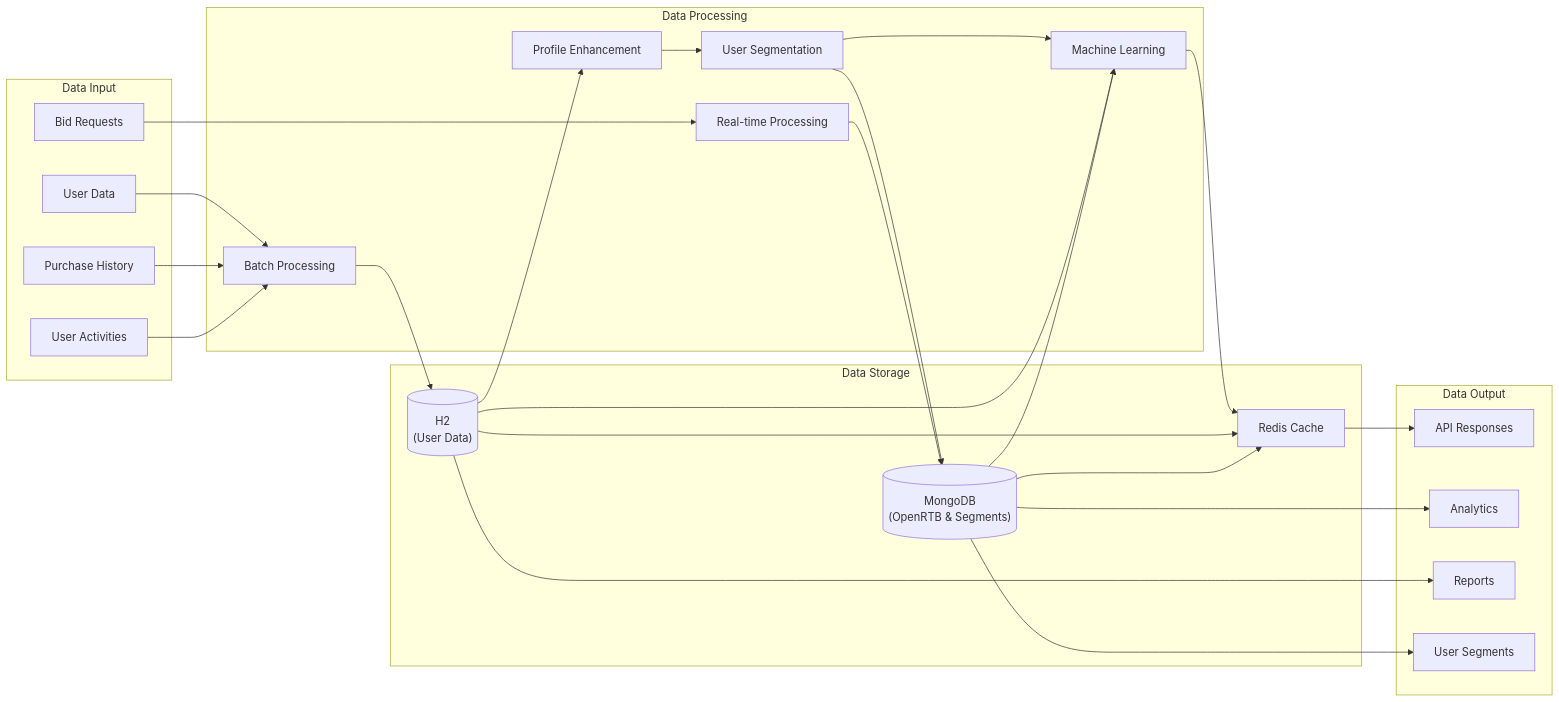
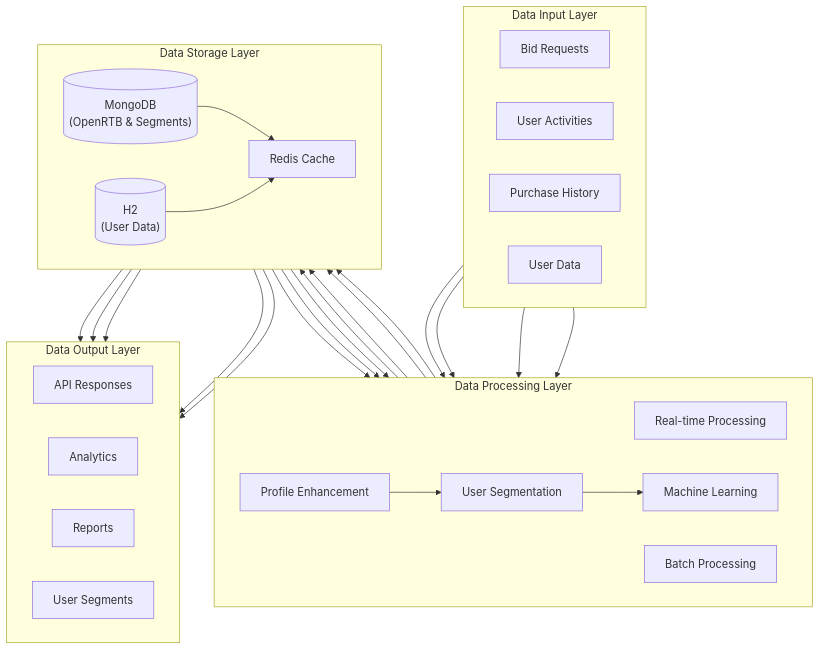
Before and after one commit to songfei1983/play-spring-boot-api: the third of 4 diagrams in architecture-diagram.md, drawn with Mermaid. The commit also changed other lines of this file and 1 other file, not shown here.

First line of the commit message:
调整架构图布局为上下结构

````diff
--- a/architecture-diagram.md
+++ b/architecture-diagram.md
@@ -317,60 +323,69 @@
 ```mermaid
-flowchart LR
-    %% 数据输入
-    subgraph "Data Input"
+flowchart TD
+    %% 数据输入层
+    subgraph "Data Input Layer"
+        direction LR
         BR["Bid Requests"]
         UA["User Activities"]
         PH["Purchase History"]
         UD["User Data"]
     end
     
-    %% 数据处理
-    subgraph "Data Processing"
+    %% 数据处理层
+    subgraph "Data Processing Layer"
+        direction LR
         RT["Real-time Processing"]
         BATCH["Batch Processing"]
         ML["Machine Learning"]
         SEGMENT["User Segmentation"]
         PROFILE["Profile Enhancement"]
     end
     
-    %% 数据存储
-    subgraph "Data Storage"
+    %% 数据存储层
+    subgraph "Data Storage Layer"
+        direction LR
         MONGO_RT[("MongoDB\n(OpenRTB & Segments)")]
         H2_USER[("H2\n(User Data)")]
         CACHE["Redis Cache"]
     end
     
-    %% 数据输出
-    subgraph "Data Output"
+    %% 数据输出层
+    subgraph "Data Output Layer"
+        direction LR
         API_RESP["API Responses"]
         ANALYTICS["Analytics"]
         REPORTS["Reports"]
         SEGMENTS["User Segments"]
     end
     
+    %% 数据流向
     BR --> RT
     UA --> BATCH
     PH --> BATCH
-    UD --> BATCH
+    UD --> PROFILE
     
     RT --> MONGO_RT
     BATCH --> H2_USER
+    PROFILE --> SEGMENT
+    SEGMENT --> MONGO_RT
     
     %% H2到MongoDB的数据转存流程
     H2_USER --> PROFILE
-    PROFILE --> SEGMENT
-    SEGMENT --> MONGO_RT
     
+    %% 缓存层连接
     MONGO_RT --> CACHE
     H2_USER --> CACHE
     
+    %% 输出层连接
     CACHE --> API_RESP
-    MONGO_RT --> ANALYTICS
+    MONGO_RT --> API_RESP
+    H2_USER --> ANALYTICS
     H2_USER --> REPORTS
     MONGO_RT --> SEGMENTS
     
+    %% 机器学习连接
     ML --> CACHE
     MONGO_RT --> ML
     H2_USER --> ML
     SEGMENT --> ML
 ```
````
